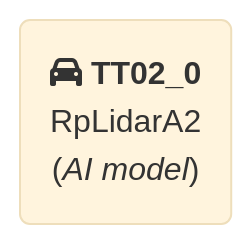
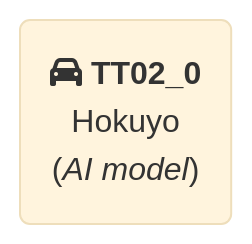
One commit to Club-INTech/CoVAPSy changed the first of 3 diagrams in docs/Simulateur.md. Above: the diagram before and after it, drawn with Mermaid (base theme). The commit also changed other lines of this file and 104 other files, not shown here.

````diff
--- a/docs/Simulateur.md
+++ b/docs/Simulateur.md
@@ -24,6 +24,6 @@
 ```mermaid
 flowchart TD
     A("`__fa:fa-car TT02_0__
-    RpLidarA2
+    Hokuyo
     (_AI model_)`")
 ```
````
